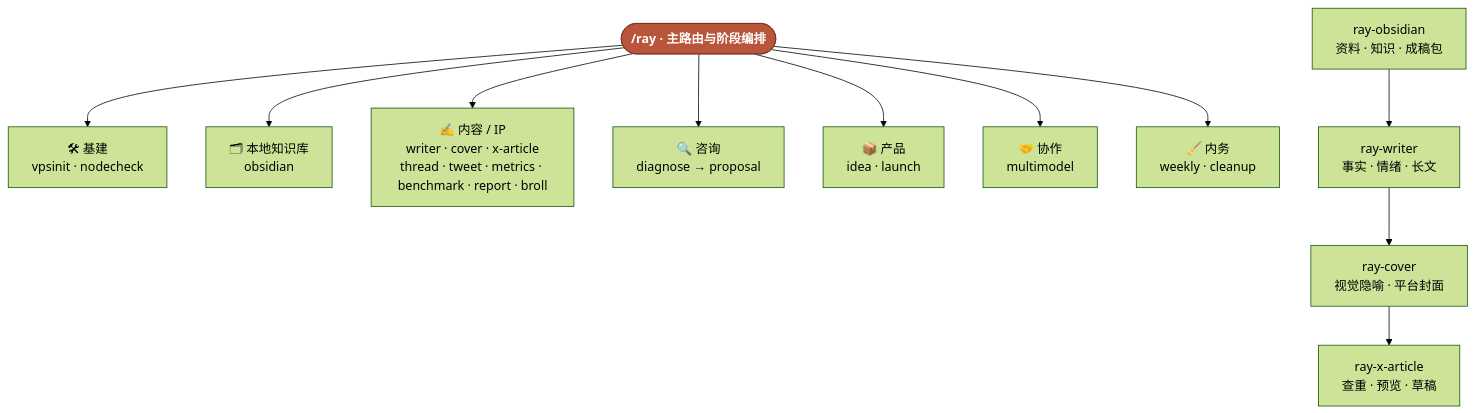
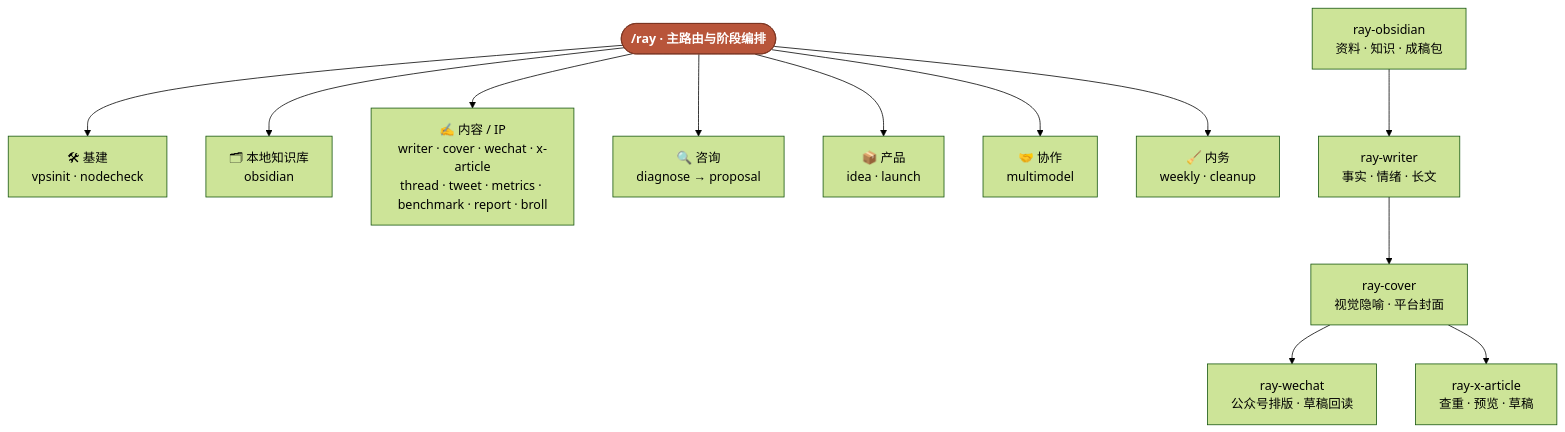
The diagram in README.md (imraywang/rayskills), drawn with Mermaid (forest theme) before and after one commit. The commit also changed other lines of this file and 10 other files, not shown here.

First line of the commit message:
feat: ray-broll v2 — beat map 驱动的完整讲解片模式

````diff
--- a/README.md
+++ b/README.md
@@ -65,18 +67,19 @@
 ```mermaid
 flowchart TD
     RAY(["/ray · 主路由与阶段编排"]):::hub
 
     RAY --> INFRA["🛠 基建<br/>vpsinit · nodecheck"]
     RAY --> KNOWLEDGE["🗂 本地知识库<br/>obsidian"]
-    RAY --> CONTENT["✍️ 内容 / IP<br/>writer · cover · x-article<br/>thread · tweet · metrics · benchmark · report · broll"]
+    RAY --> CONTENT["✍️ 内容 / IP<br/>writer · cover · wechat · x-article<br/>thread · tweet · metrics · benchmark · report · broll"]
     RAY --> CONSULT["🔍 咨询<br/>diagnose → proposal"]
     RAY --> PRODUCT["📦 产品<br/>idea · launch"]
     RAY --> COLLAB["🤝 协作<br/>multimodel"]
     RAY --> OPS["🧹 内务<br/>weekly · cleanup"]
 
     OBSIDIAN["ray-obsidian<br/>资料 · 知识 · 成稿包"] --> WRITER["ray-writer<br/>事实 · 情绪 · 长文"]
     WRITER --> COVER["ray-cover<br/>视觉隐喻 · 平台封面"]
+    COVER --> WECHAT["ray-wechat<br/>公众号排版 · 草稿回读"]
     COVER --> XARTICLE["ray-x-article<br/>查重 · 预览 · 草稿"]
 
     classDef hub fill:#b8553a,stroke:#7a3320,color:#fff,font-weight:bold;
 ```
````
